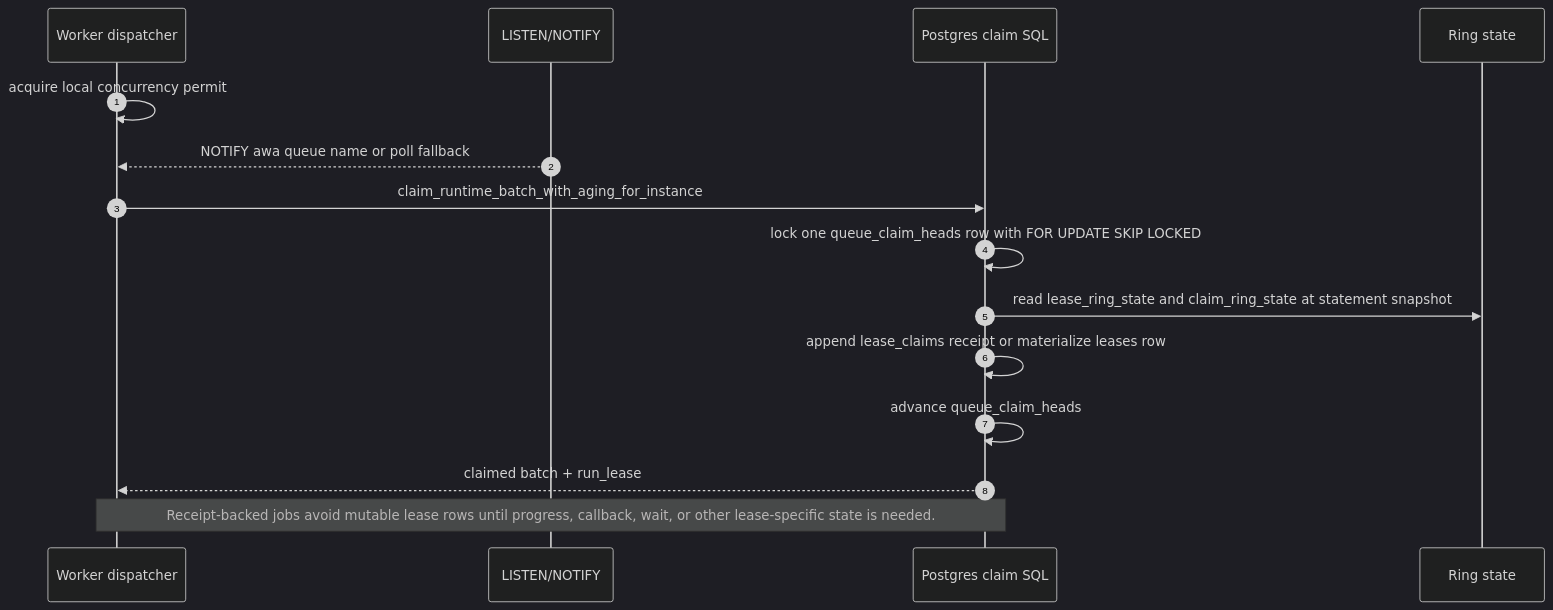
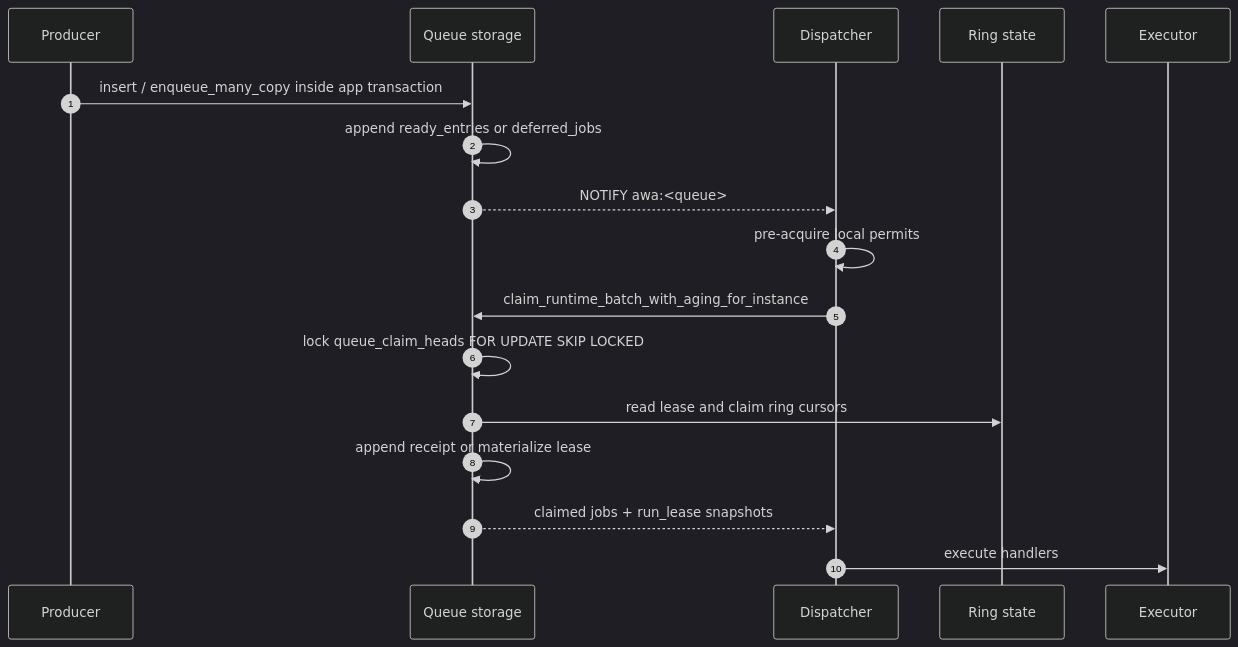
The first of 2 diagrams in docs/architecture.md (hardbyte/awa), drawn with Mermaid (dark theme) before and after one commit. The commit also changed other lines of this file and 6 other files, not shown here.

Commit message:
Rework architecture docs around queue storage

````diff
--- a/docs/architecture.md
+++ b/docs/architecture.md
@@ -210,19 +104,20 @@
 ```mermaid
 sequenceDiagram
     autonumber
-    participant W as Worker dispatcher
-    participant N as LISTEN/NOTIFY
-    participant Q as Postgres claim SQL
+    participant P as Producer
+    participant Q as Queue storage
+    participant D as Dispatcher
     participant R as Ring state
+    participant E as Executor
 
-    W->>W: acquire local concurrency permit
-    N-->>W: NOTIFY awa queue name or poll fallback
-    W->>Q: claim_runtime_batch_with_aging_for_instance
-    Q->>Q: lock one queue_claim_heads row with FOR UPDATE SKIP LOCKED
-    Q->>R: read lease_ring_state and claim_ring_state at statement snapshot
-    Q->>Q: append lease_claims receipt or materialize leases row
-    Q->>Q: advance queue_claim_heads
-    Q-->>W: claimed batch + run_lease
-
-    Note over W,Q: Receipt-backed jobs avoid mutable lease rows until progress, callback, wait, or other lease-specific state is needed.
+    P->>Q: insert / enqueue_many_copy inside app transaction
+    Q->>Q: append ready_entries or deferred_jobs
+    Q-->>D: NOTIFY awa:<queue>
+    D->>D: pre-acquire local permits
+    D->>Q: claim_runtime_batch_with_aging_for_instance
+    Q->>Q: lock queue_claim_heads FOR UPDATE SKIP LOCKED
+    Q->>R: read lease and claim ring cursors
+    Q->>Q: append receipt or materialize lease
+    Q-->>D: claimed jobs + run_lease snapshots
+    D->>E: execute handlers
 ```
````
